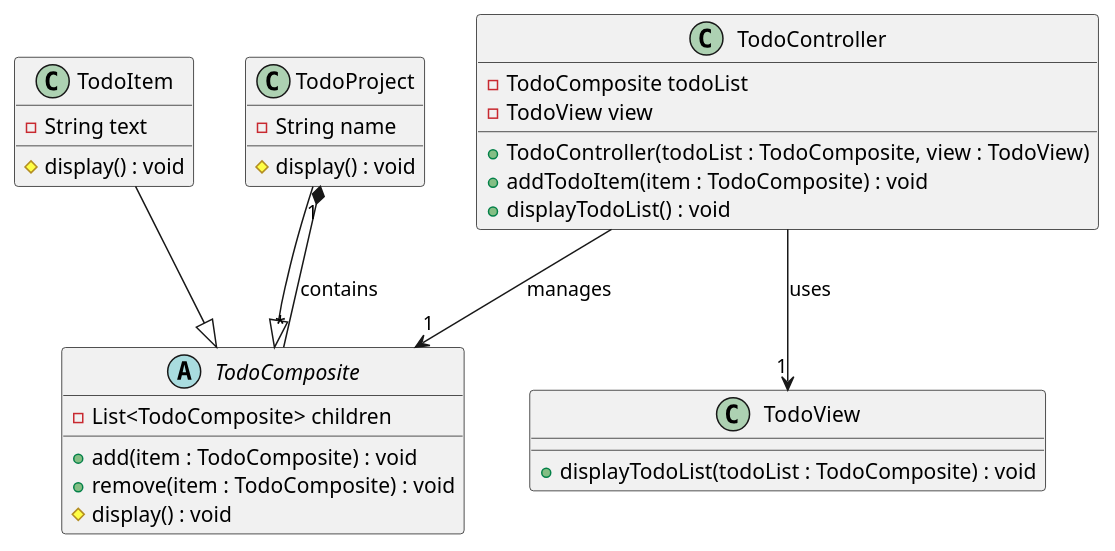
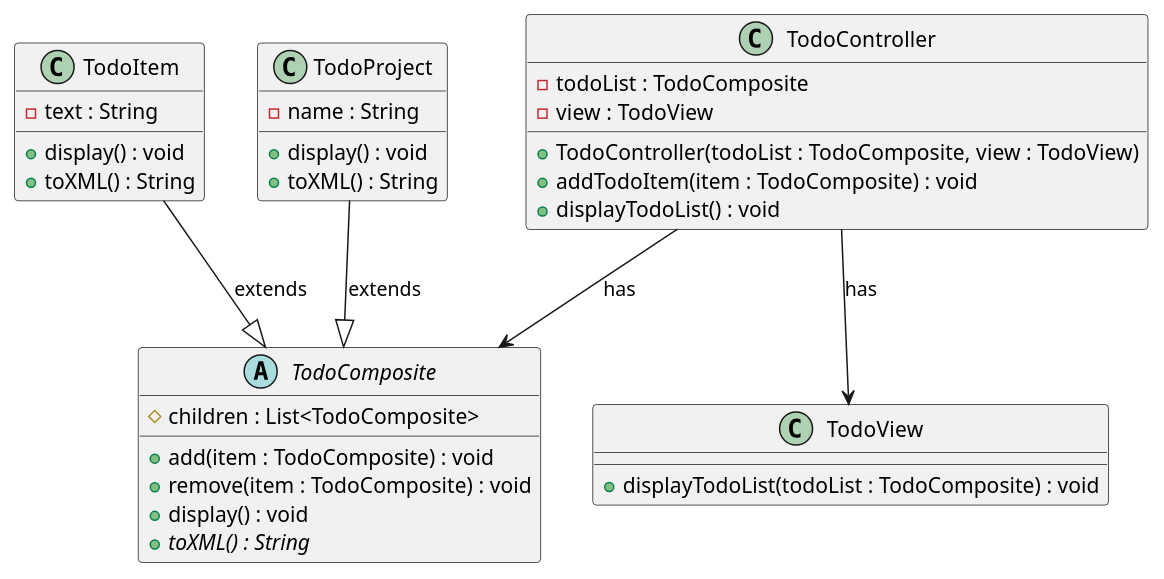
Before and after one commit to kareemassad/carleton_software_engineering: the diagram in Classes/SYSC3110_F23/Final Prep/TodoListMVCComposite/out/production/TodoListMVCComposite/README.md, drawn with PlantUML. The commit also changed 129 other files, not shown here.

````diff
--- a/Classes/SYSC3110_F23/Final Prep/TodoListMVCComposite/out/production/TodoListMVCComposite/README.md
+++ b/Classes/SYSC3110_F23/Final Prep/TodoListMVCComposite/out/production/TodoListMVCComposite/README.md
@@ -1,42 +1,40 @@
 ```plantuml
-@startuml
-' ------- Models -------
-abstract class TodoComposite {
-   {field} -List<TodoComposite> children
-   {method} +add(item : TodoComposite) : void
-   {method} +remove(item : TodoComposite) : void
-   {method} #display() : void
-}
+  @startuml
+  abstract class TodoComposite {
+    #children : List<TodoComposite>
+    +add(item : TodoComposite) : void
+    +remove(item : TodoComposite) : void
+    +display() : void
+    {abstract} +toXML() : String
+  }
 
-class TodoItem {
-   {field} -String text
-   {method} #display() : void
-}
+  class TodoItem {
+    -text : String
+    +display() : void
+    +toXML() : String
+  }
 
-class TodoProject {
-   {field} -String name
-   {method} #display() : void
-}
+  class TodoProject {
+    -name : String
+    +display() : void
+    +toXML() : String
+  }
 
-' ------- View -------
-class TodoView {
-   {method} +displayTodoList(todoList : TodoComposite) : void
-}
+  class TodoController {
+    -todoList : TodoComposite
+    -view : TodoView
+    +TodoController(todoList : TodoComposite, view : TodoView)
+    +addTodoItem(item : TodoComposite) : void
+    +displayTodoList() : void
+  }
 
-' ------- Controller -------
-class TodoController {
-   {field} -TodoComposite todoList
-   {field} -TodoView view
-   {method} +TodoController(todoList : TodoComposite, view : TodoView)
-   {method} +addTodoItem(item : TodoComposite) : void
-   {method} +displayTodoList() : void
-}
+  class TodoView {
+    +displayTodoList(todoList : TodoComposite) : void
+  }
 
-' ------- Inheritance & Composition -------
-TodoItem --|> TodoComposite
-TodoProject --|> TodoComposite
-TodoProject "1" *-- "*" TodoComposite : contains
-TodoController --> "1" TodoComposite : manages
-TodoController --> "1" TodoView : uses
-@enduml
+  TodoItem --|> TodoComposite : extends
+  TodoProject --|> TodoComposite : extends
+  TodoController -down-> TodoComposite : has
+  TodoController -down-> TodoView : has
+  @enduml
 ```
````
